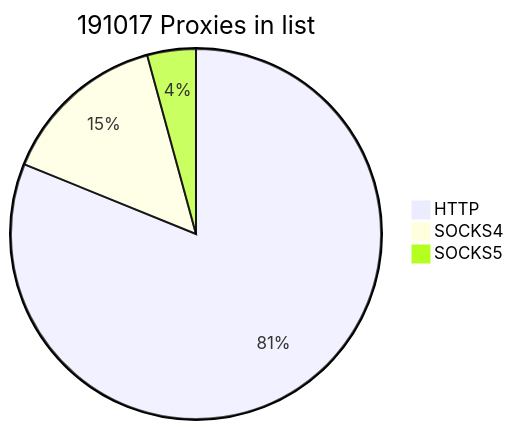
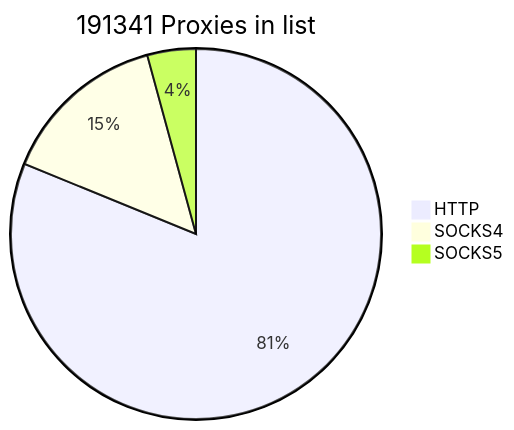
One commit to cutipu/proxylist changed the first of 2 diagrams in README.md. Above: the diagram before and after it, drawn with Mermaid. The commit also changed other lines of this file, not shown here.

````diff
--- a/README.md
+++ b/README.md
@@ -2,7 +2,7 @@
 ```mermaid
-pie title 191017 Proxies in list
-    "HTTP" : 154992
-    "SOCKS4" : 27917
-    "SOCKS5" : 8108
+pie title 191341 Proxies in list
+    "HTTP" : 155320
+    "SOCKS4" : 27914
+    "SOCKS5" : 8107
             
 ```
````
